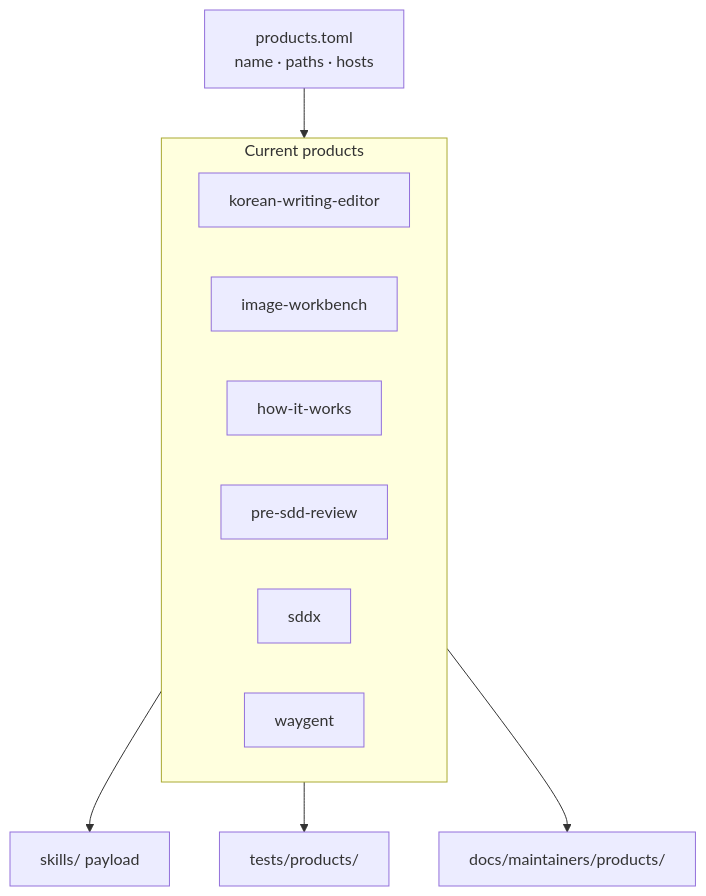
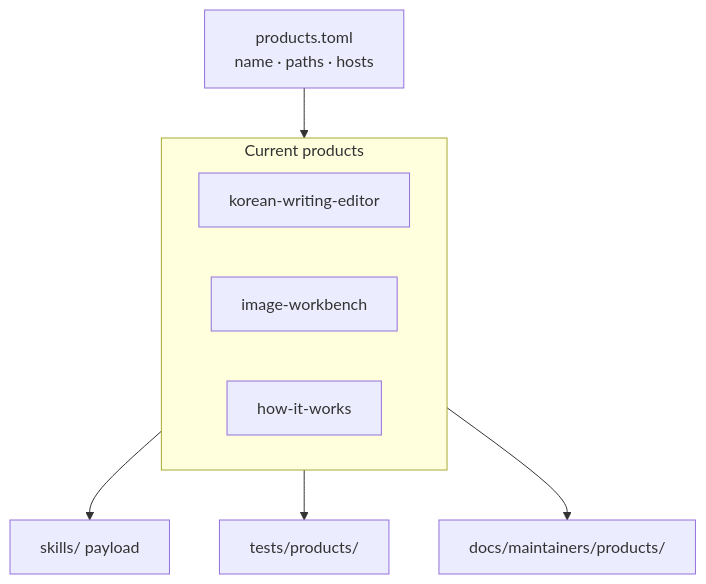
Before and after one commit to beyondwin/skills: the diagram in docs/maintainers/repository/architecture.md, drawn with Mermaid. The commit also changed other lines of this file and 39 other files, not shown here.

````diff
--- a/docs/maintainers/repository/architecture.md
+++ b/docs/maintainers/repository/architecture.md
@@ -13,16 +13,13 @@
 ```mermaid
 flowchart TB
   R["products.toml<br/>name · paths · hosts"]
   subgraph live ["Current products"]
     K[korean-writing-editor]
     I[image-workbench]
     H[how-it-works]
-    P[pre-sdd-review]
-    S[sddx]
-    W[waygent]
   end
   R --> live
   live --> SK["skills/ payload"]
   live --> T["tests/products/"]
   live --> D["docs/maintainers/products/"]
 ```
````
